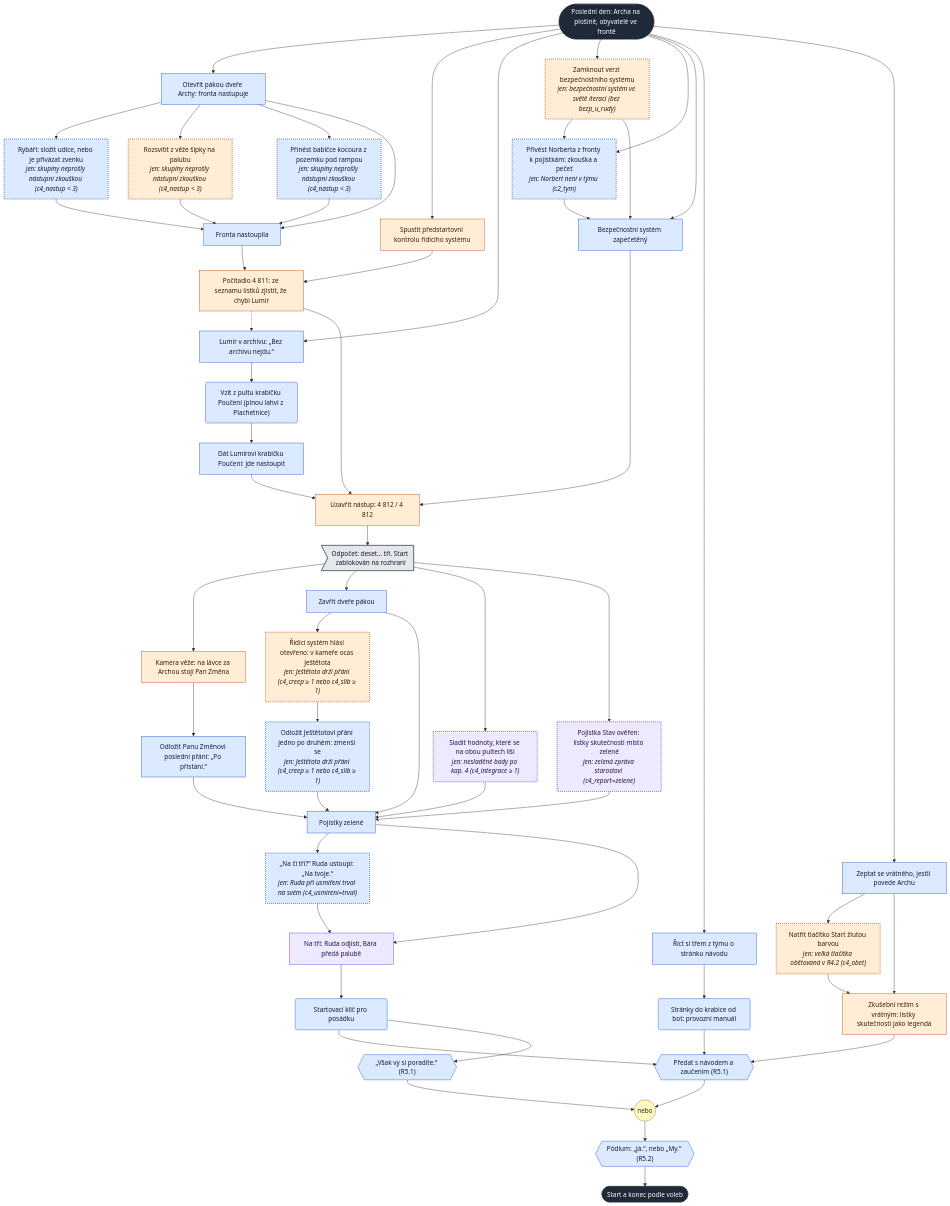
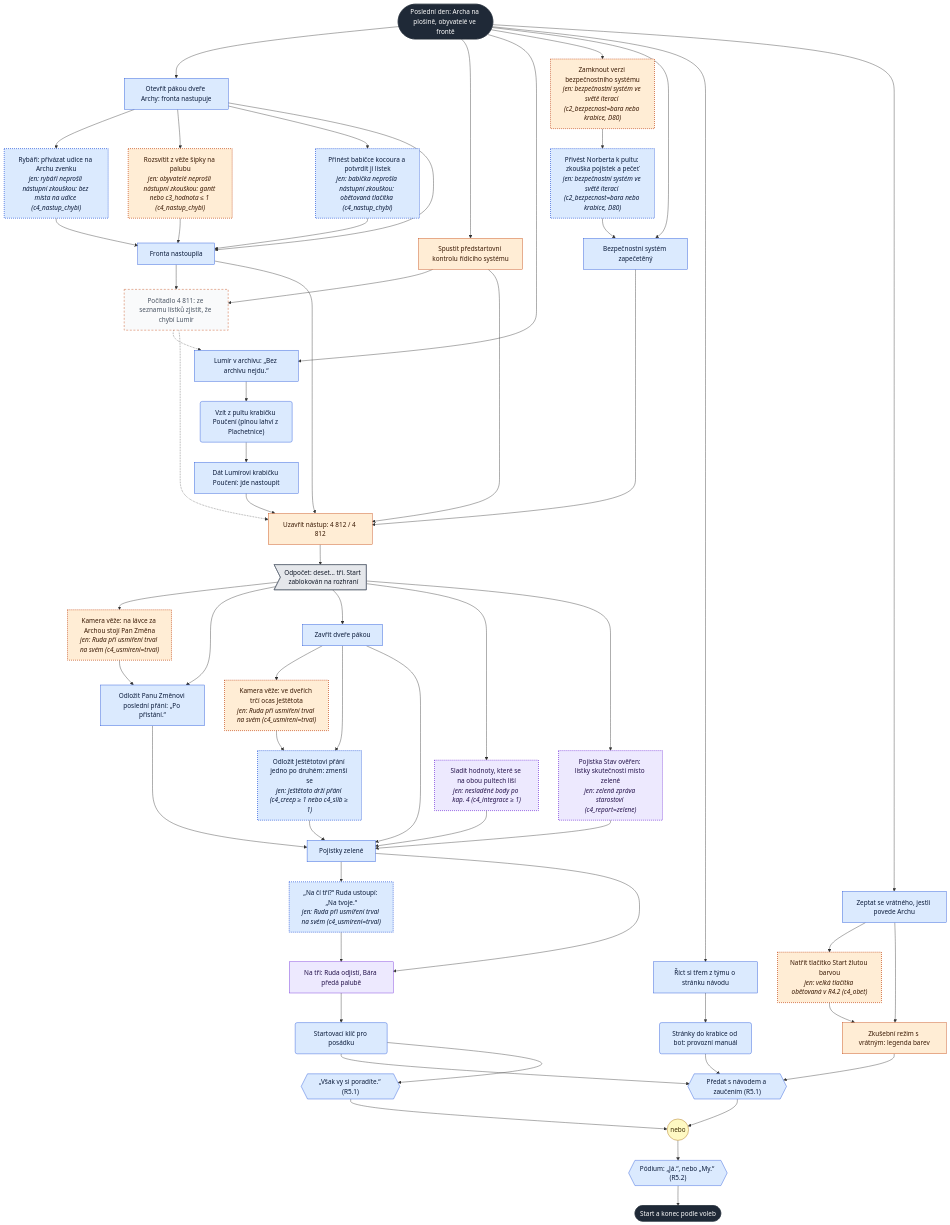
One commit to miroslavkrupa/games-termin-byl-vcera changed the fifth of 6 diagrams in docs/13-graf-zavislosti.md. Above: the diagram before and after it, drawn with Mermaid. The commit also changed other lines of this file and 17 other files, not shown here.

````diff
--- a/docs/13-graf-zavislosti.md
+++ b/docs/13-graf-zavislosti.md
@@ -823,29 +823,29 @@
 flowchart TB
   start(["Poslední den: Archa na plošině, obyvatelé ve frontě"])
   dvere["Otevřít pákou dveře Archy: fronta nastupuje"]
-  rybari["Rybáři: složit udice, nebo je přivázat zvenku<br/><i>jen: skupiny neprošly nástupní zkouškou (c4_nastup < 3)</i>"]
-  sipky["Rozsvítit z věže šipky na palubu<br/><i>jen: skupiny neprošly nástupní zkouškou (c4_nastup < 3)</i>"]
-  kocour["Přinést babičce kocoura z pozemku pod rampou<br/><i>jen: skupiny neprošly nástupní zkouškou (c4_nastup < 3)</i>"]
+  rybari["Rybáři: přivázat udice na Archu zvenku<br/><i>jen: rybáři neprošli nástupní zkouškou: bez místa na udice (c4_nastup_chybi)</i>"]
+  sipky["Rozsvítit z věže šipky na palubu<br/><i>jen: obyvatelé neprošli nástupní zkouškou: gantt nebo c3_hodnota ≤ 1 (c4_nastup_chybi)</i>"]
+  kocour["Přinést babičce kocoura a potvrdit jí lístek<br/><i>jen: babička neprošla nástupní zkouškou: obětovaná tlačítka (c4_nastup_chybi)</i>"]
   nastoupeno["Fronta nastoupila"]
   kontrola["Spustit předstartovní kontrolu řídicího systému"]
   chybi["Počítadlo 4 811: ze seznamu lístků zjistit, že chybí Lumír"]
   lumir["Lumír v archivu: „Bez archivu nejdu.“"]
   krabicka("Vzít z pultu krabičku Poučení (plnou lahví z Plachetnice)")
   lumir_jde["Dát Lumírovi krabičku Poučení: jde nastoupit"]
-  verze["Zamknout verzi bezpečnostního systému<br/><i>jen: bezpečnostní systém ve světě iterací (bez bezp_u_rudy)</i>"]
-  norbert_fronta["Přivést Norberta z fronty k pojistkám: zkouška a pečeť<br/><i>jen: Norbert není v týmu (c2_tym)</i>"]
+  verze["Zamknout verzi bezpečnostního systému<br/><i>jen: bezpečnostní systém ve světě iterací (c2_bezpecnost=bara nebo krabice, D80)</i>"]
+  norbert_pult["Přivést Norberta k pultu: zkouška pojistek a pečeť<br/><i>jen: bezpečnostní systém ve světě iterací (c2_bezpecnost=bara nebo krabice, D80)</i>"]
   pecet["Bezpečnostní systém zapečetěný"]
   uzavreno["Uzavřít nástup: 4 812 / 4 812"]
   stranky["Říct si třem z týmu o stránku návodu"]
   manual("Stránky do krabice od bot: provozní manuál")
   kapitan["Zeptat se vrátného, jestli povede Archu"]
   barva["Natřít tlačítko Start žlutou barvou<br/><i>jen: velká tlačítka obětovaná v R4.2 (c4_obet)</i>"]
-  zauceni["Zkušební režim s vrátným: lístky skutečnosti jako legenda"]
+  zauceni["Zkušební režim s vrátným: legenda barev"]
   odpocet>"Odpočet: deset… tři. Start zablokován na rozhraní"]
-  kamera_lavka["Kamera věže: na lávce za Archou stojí Pan Změna"]
+  kamera_lavka["Kamera věže: na lávce za Archou stojí Pan Změna<br/><i>jen: Ruda při usmíření trval na svém (c4_usmireni=trval)</i>"]
   zmena["Odložit Panu Změnovi poslední přání: „Po přistání.“"]
   pak["Zavřít dveře pákou"]
-  kamera_dvere["Řídicí systém hlásí otevřeno: v kameře ocas Ještětota<br/><i>jen: Ještětoto drží přání (c4_creep ≥ 1 nebo c4_slib ≥ 1)</i>"]
+  kamera_dvere["Kamera věže: ve dveřích trčí ocas Ještětota<br/><i>jen: Ruda při usmíření trval na svém (c4_usmireni=trval)</i>"]
   prani["Odložit Ještětotovi přání jedno po druhém: zmenší se<br/><i>jen: Ještětoto drží přání (c4_creep ≥ 1 nebo c4_slib ≥ 1)</i>"]
   hodnoty["Sladit hodnoty, které se na obou pultech liší<br/><i>jen: nesladěné body po kap. 4 (c4_integrace ≥ 1)</i>"]
   stav["Pojistka Stav ověřen: lístky skutečnosti místo zelené<br/><i>jen: zelená zpráva starostovi (c4_report=zelene)</i>"]
@@ -874,14 +874,14 @@
   lumir --> krabicka
   krabicka --> lumir_jde
   start --> verze
-  start --> norbert_fronta
-  verze --> norbert_fronta
+  verze --> norbert_pult
   start --> pecet
-  verze --> pecet
-  norbert_fronta --> pecet
-  chybi --> uzavreno
+  norbert_pult --> pecet
+  kontrola --> uzavreno
+  nastoupeno --> uzavreno
   lumir_jde --> uzavreno
   pecet --> uzavreno
+  chybi -.-> uzavreno
   start --> stranky
   stranky --> manual
   start --> kapitan
@@ -890,9 +890,11 @@
   barva --> zauceni
   uzavreno --> odpocet
   odpocet --> kamera_lavka
+  odpocet --> zmena
   kamera_lavka --> zmena
   odpocet --> pak
   pak --> kamera_dvere
+  pak --> prani
   kamera_dvere --> prani
   odpocet --> hodnoty
   odpocet --> stav
@@ -921,11 +923,12 @@
   classDef strih fill:#e5e7eb,stroke:#4b5563,color:#111827
   classDef volitelny stroke-dasharray:5 4,color:#4b5563,fill:#f9fafb
   classDef jen stroke-dasharray:2 3,stroke-width:2px
-  class dvere,rybari,kocour,nastoupeno,lumir,krabicka,lumir_jde,norbert_fronta,pecet,stranky,manual,kapitan,zmena,pak,prani,pojistky,ustoupit,klic,poradne,poradi,r52 ruda
+  class dvere,rybari,kocour,nastoupeno,lumir,krabicka,lumir_jde,norbert_pult,pecet,stranky,manual,kapitan,zmena,pak,prani,pojistky,ustoupit,klic,poradne,poradi,r52 ruda
   class sipky,kontrola,chybi,verze,uzavreno,barva,zauceni,kamera_lavka,kamera_dvere bara
   class hodnoty,stav,natri spolu
   class start,konec kraj
   class r51 nebo
   class odpocet strih
-  class rybari,sipky,kocour,verze,norbert_fronta,barva,kamera_dvere,prani,hodnoty,stav,ustoupit jen
+  class chybi volitelny
+  class rybari,sipky,kocour,verze,norbert_pult,barva,kamera_lavka,kamera_dvere,prani,hodnoty,stav,ustoupit jen
 ```
````
